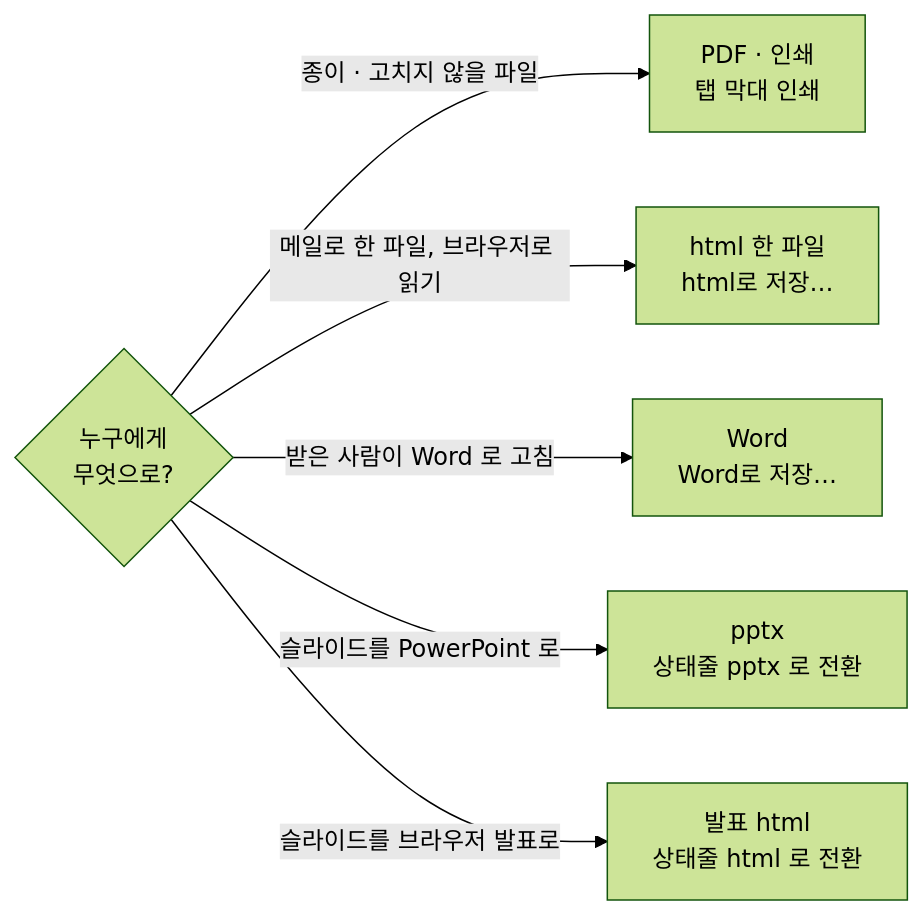
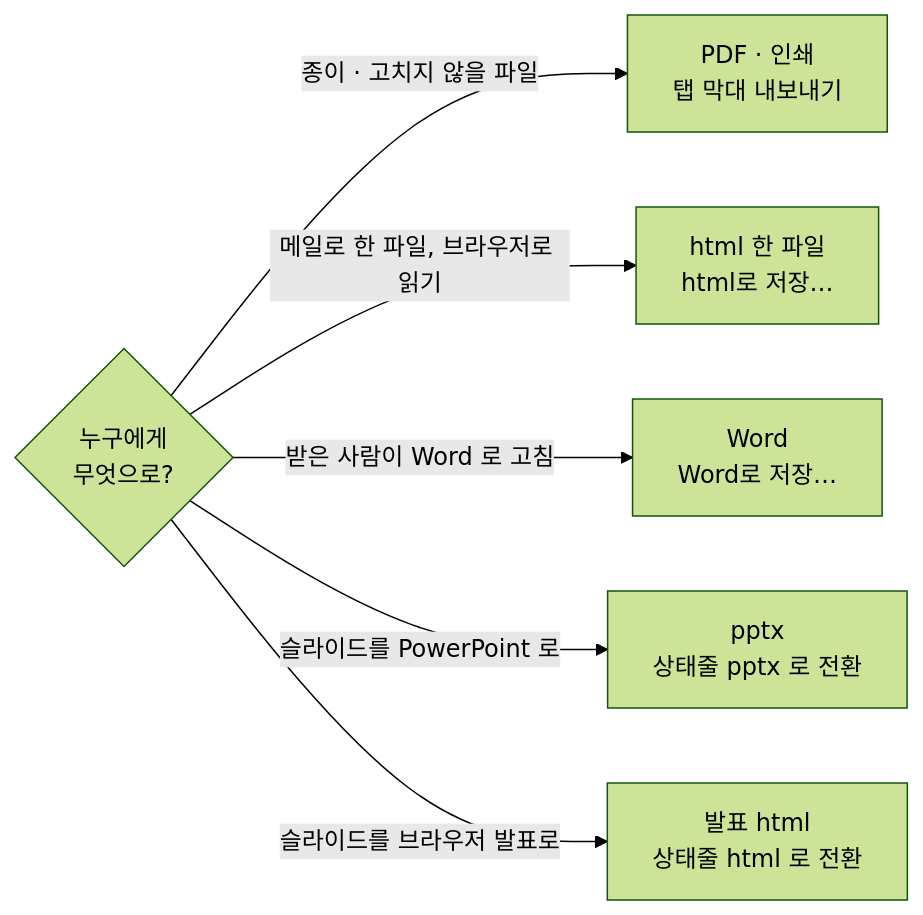
Before and after one commit to samiblog/lectern: the diagram in web/help/manual/6-내보내기.md, drawn with Mermaid (forest theme). The commit also changed other lines of this file and 41 other files, not shown here.

````diff
--- a/web/help/manual/6-내보내기.md
+++ b/web/help/manual/6-내보내기.md
@@ -5,9 +5,9 @@
 ```mermaid
 flowchart LR
   Q{"누구에게<br>무엇으로?"}
-  Q -->|"종이 · 고치지 않을 파일"| P["PDF · 인쇄<br>탭 막대 인쇄"]
+  Q -->|"종이 · 고치지 않을 파일"| P["PDF · 인쇄<br>탭 막대 내보내기"]
   Q -->|"메일로 한 파일, 브라우저로 읽기"| H["html 한 파일<br>html로 저장…"]
   Q -->|"받은 사람이 Word 로 고침"| W["Word<br>Word로 저장…"]
   Q -->|"슬라이드를 PowerPoint 로"| X["pptx<br>상태줄 pptx 로 전환"]
   Q -->|"슬라이드를 브라우저 발표로"| I["발표 html<br>상태줄 html 로 전환"]
 ```
````
